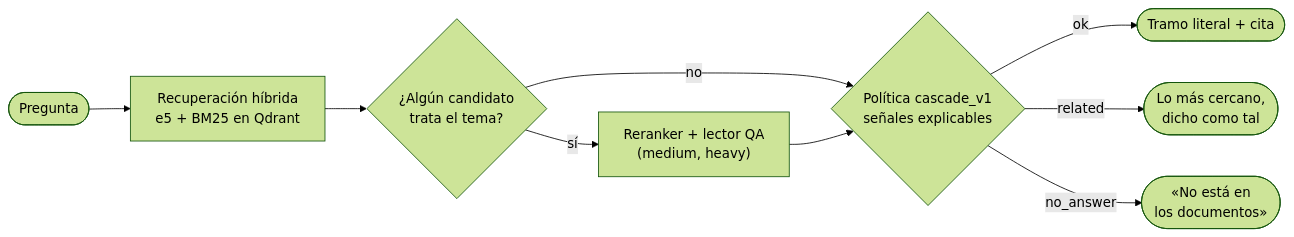
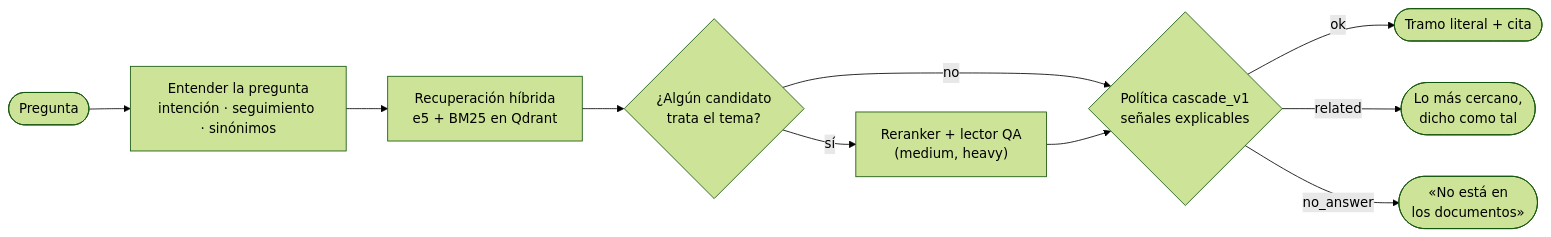
The diagram in README.es.md (ClaudioH19/ipsis), drawn with Mermaid (forest theme) before and after one commit. The commit also changed 2 other files, not shown here.

Commit message:
Diagramas al día: comprensión de la pregunta, memoria de sesión y OCR
La vida de una pregunta muestra el análisis (seguimiento, intención,
sinónimos), la memoria de sesión, el foco sin palabras de relación ni
genéricas, la lectura por pista y el bono de pista; con una tabla que
explica cada parte con un ejemplo. La ingesta muestra el OCR opcional. Las
tablas de módulos suman consultas.py, seguimiento.py y ocr.py, y el «Cómo
funciona» de ambos README el paso de entender la pregunta.

````diff
--- a/README.es.md
+++ b/README.es.md
@@ -91,11 +91,12 @@
 ```mermaid
 flowchart LR
-    P([Pregunta]) --> R["Recuperación híbrida<br/>e5 + BM25 en Qdrant"]
+    P([Pregunta]) --> U["Entender la pregunta<br/>intención · seguimiento · sinónimos"]
+    U --> R["Recuperación híbrida<br/>e5 + BM25 en Qdrant"]
     R --> F{"¿Algún candidato<br/>trata el tema?"}
     F -- sí --> L["Reranker + lector QA<br/>(medium, heavy)"]
     F -- no --> D
     L --> D{"Política cascade_v1<br/>señales explicables"}
     D -- ok --> OK(["Tramo literal + cita"])
     D -- related --> REL(["Lo más cercano,<br/>dicho como tal"])
     D -- no_answer --> NO(["«No está en<br/>los documentos»"])
 ```
````
